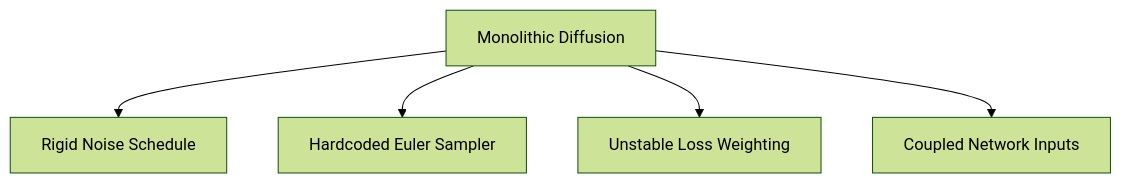
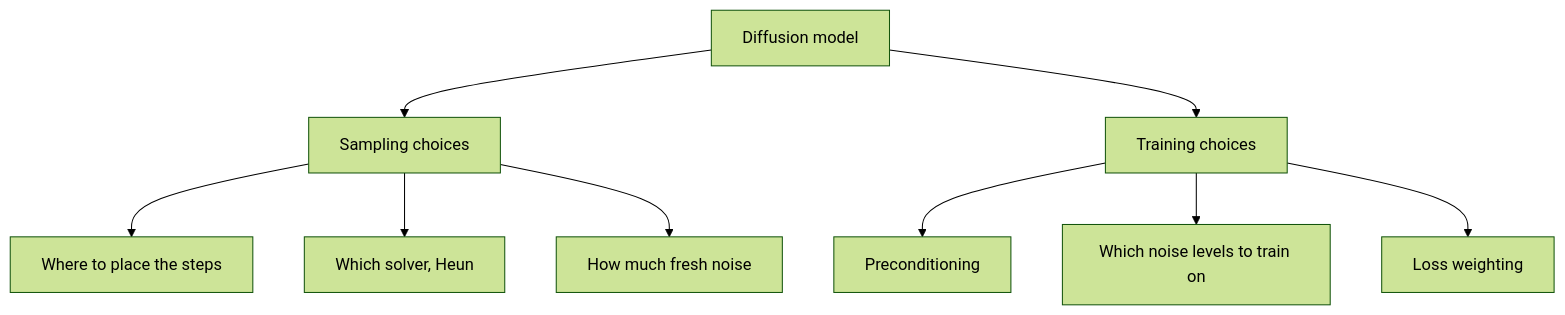
One commit to Tarunsai08/PaperStack changed the diagram in content/papers/elucidating-the-design-space-of-diffusion-based-generative-m.md. Above: the diagram before and after it, drawn with Mermaid (forest theme). The commit also changed other lines of this file and 14 other files, not shown here.

````diff
--- a/content/papers/elucidating-the-design-space-of-diffusion-based-generative-m.md
+++ b/content/papers/elucidating-the-design-space-of-diffusion-based-generative-m.md
@@ -112,7 +87,11 @@
 ```mermaid
 flowchart TD
-    A[Monolithic Diffusion] --> B[Rigid Noise Schedule]
-    A --> C[Hardcoded Euler Sampler]
-    A --> D[Unstable Loss Weighting]
-    A --> E[Coupled Network Inputs]
+  A[Diffusion model] --> B[Sampling choices]
+  A --> C[Training choices]
+  B --> D[Where to place the steps]
+  B --> E[Which solver, Heun]
+  B --> F[How much fresh noise]
+  C --> G[Preconditioning]
+  C --> H[Which noise levels to train on]
+  C --> I[Loss weighting]
 ```
````
